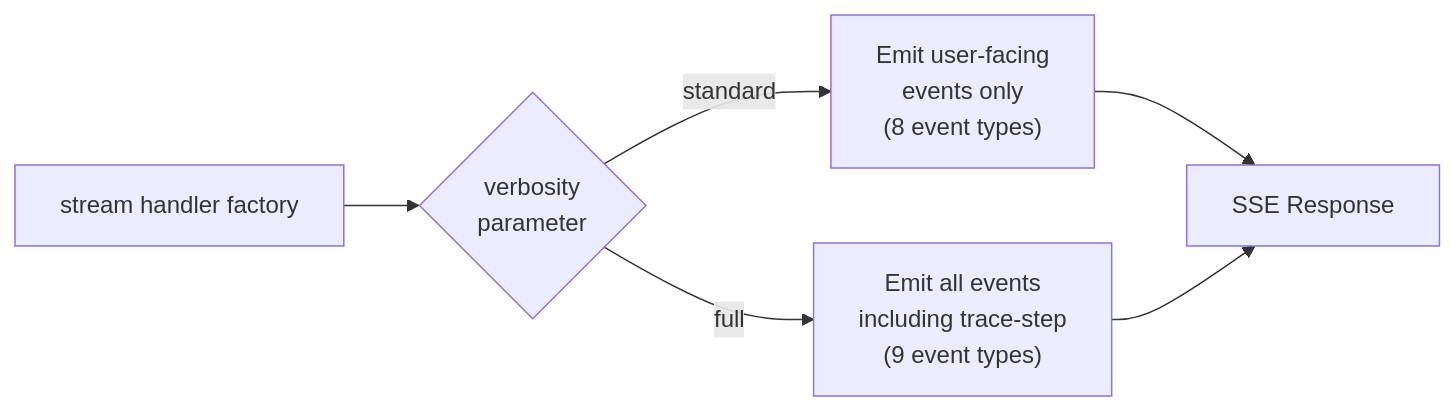
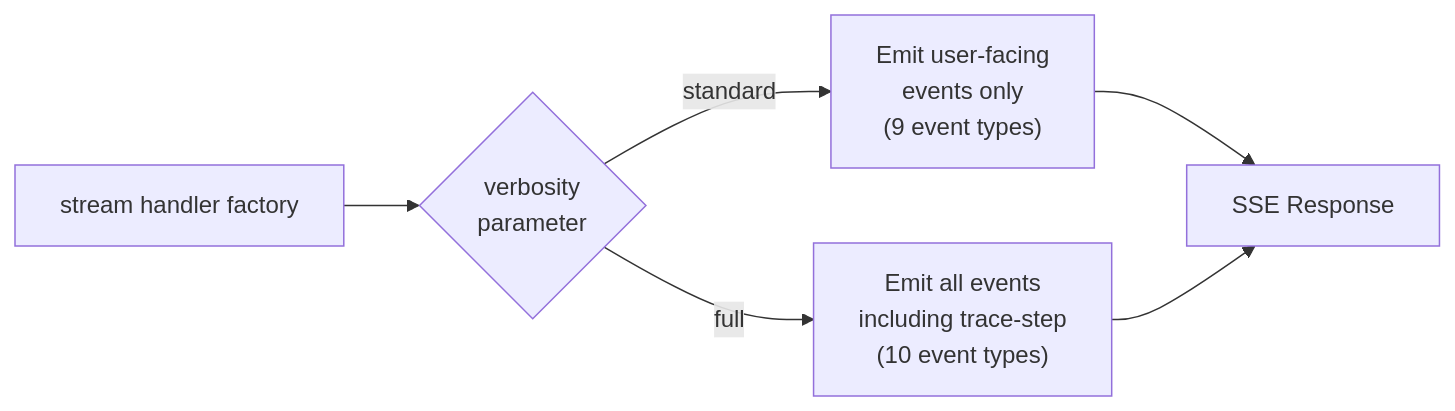
One commit to 1qh/safeagent changed diagram 13 of 29 in plan/11-transport.md. Above: the diagram before and after it, drawn with Mermaid. The commit also changed other lines of this file, not shown here.

Commit message:
Fix Oracle R3: reconcile ui-component across all canonical protocol references (11)

````diff
--- a/plan/11-transport.md
+++ b/plan/11-transport.md
@@ -623,12 +624,12 @@
 ```mermaid
 flowchart LR
     HANDLER["stream handler factory"]
     VERBOSITY{"verbosity\nparameter"}
-    STANDARD_FILTER["Emit user-facing\nevents only\n(8 event types)"]
-    FULL_FILTER["Emit all events\nincluding trace-step\n(9 event types)"]
+    STANDARD_FILTER["Emit user-facing\nevents only\n(9 event types)"]
+    FULL_FILTER["Emit all events\nincluding trace-step\n(10 event types)"]
     SSE["SSE Response"]
 
     HANDLER --> VERBOSITY
     VERBOSITY -->|standard| STANDARD_FILTER --> SSE
     VERBOSITY -->|full| FULL_FILTER --> SSE
 ```
````
